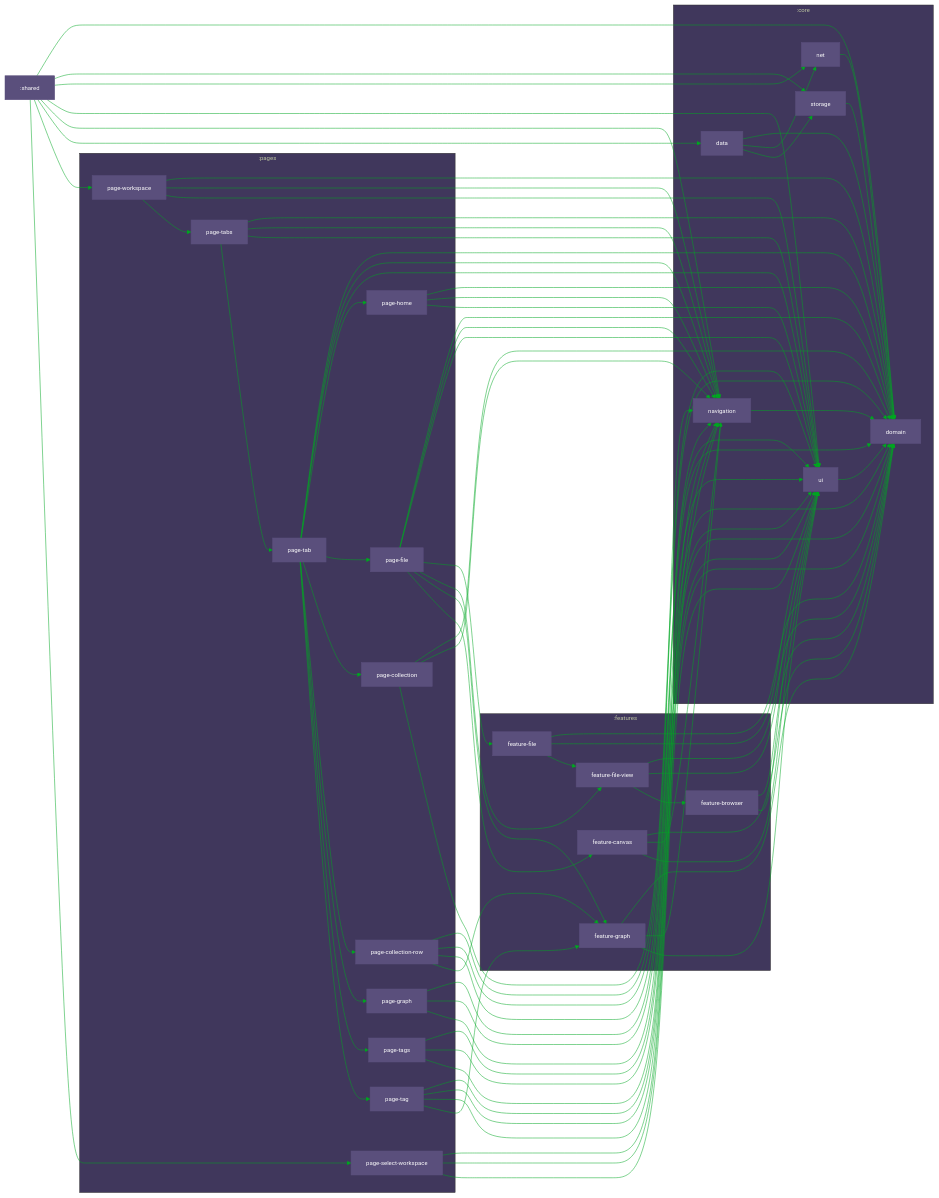
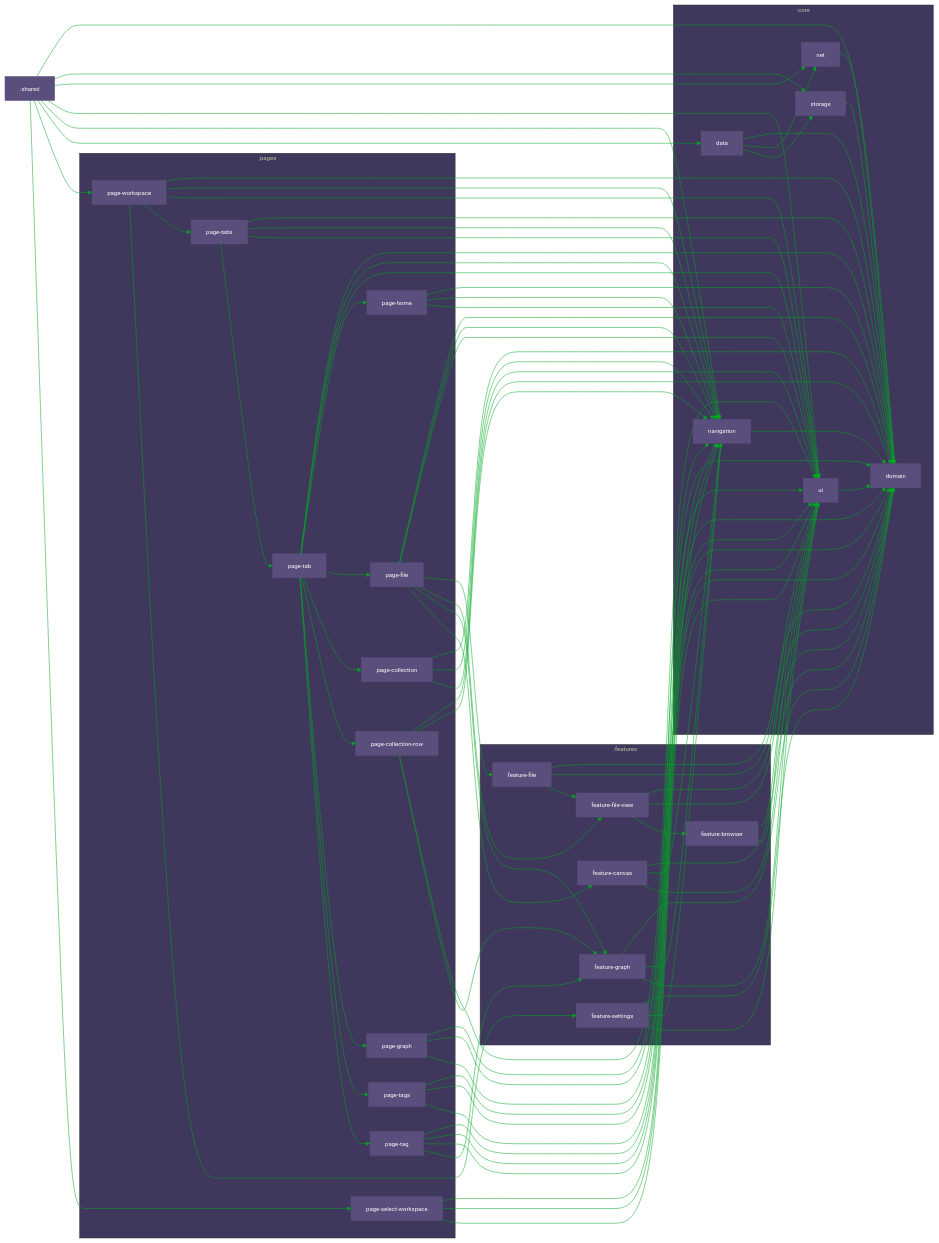
One commit to 3moly/CedarJam changed the diagram in docs/projectStructure.md. Above: the diagram before and after it, drawn with Mermaid. The commit also changed 782 other files, not shown here.

```diff
--- a/docs/projectStructure.md
+++ b/docs/projectStructure.md
@@ -23,6 +23,7 @@
     :features:feature-browser["feature-browser"]
     :features:feature-file["feature-file"]
     :features:feature-file-view["feature-file-view"]
+    :features:feature-settings["feature-settings"]
   end
   subgraph :pages
     :pages:page-home["page-home"]
@@ -102,10 +103,14 @@
   :pages:page-tags --> :core:domain
   :pages:page-tags --> :core:navigation
   :pages:page-tags --> :core:ui
+  :features:feature-settings --> :core:domain
+  :features:feature-settings --> :core:navigation
+  :features:feature-settings --> :core:ui
   :pages:page-workspace --> :core:domain
   :pages:page-workspace --> :core:navigation
   :pages:page-workspace --> :core:ui
   :pages:page-workspace --> :pages:page-tabs
+  :pages:page-workspace --> :features:feature-settings
   :pages:page-tag --> :core:domain
   :pages:page-tag --> :core:navigation
   :pages:page-tag --> :core:ui
```
